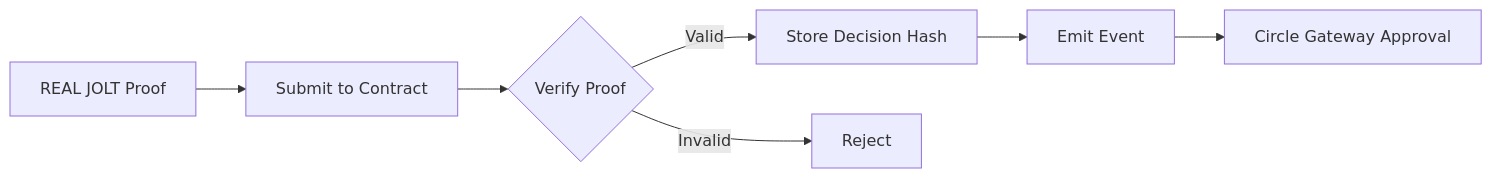
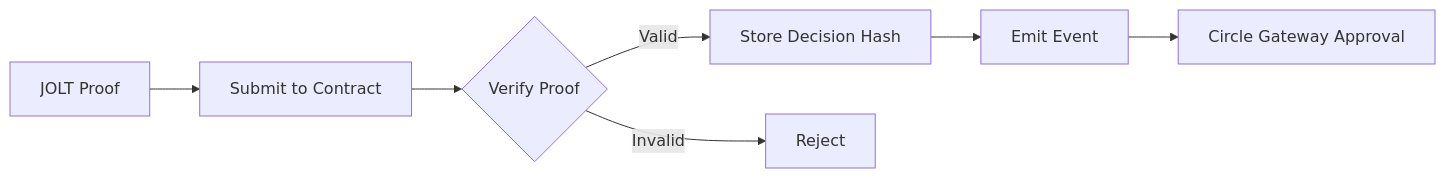
The diagram in zkml/README.md (hshadab/agentkit), drawn with Mermaid before and after one commit. The commit also changed other lines of this file, not shown here.

````diff
--- a/zkml/README.md
+++ b/zkml/README.md
@@ -212,9 +205,9 @@
 ```mermaid
 graph LR
-    A[REAL JOLT Proof] --> B[Submit to Contract]
+    A[JOLT Proof] --> B[Submit to Contract]
     B --> C{Verify Proof}
     C -->|Valid| D[Store Decision Hash]
     C -->|Invalid| E[Reject]
     D --> F[Emit Event]
     F --> G[Circle Gateway Approval]
 ```
````
